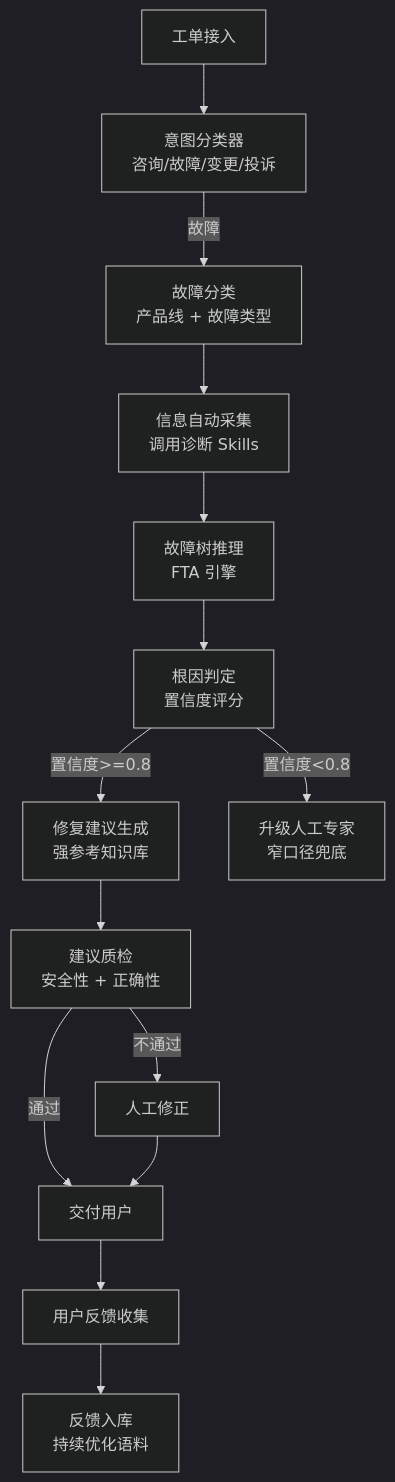
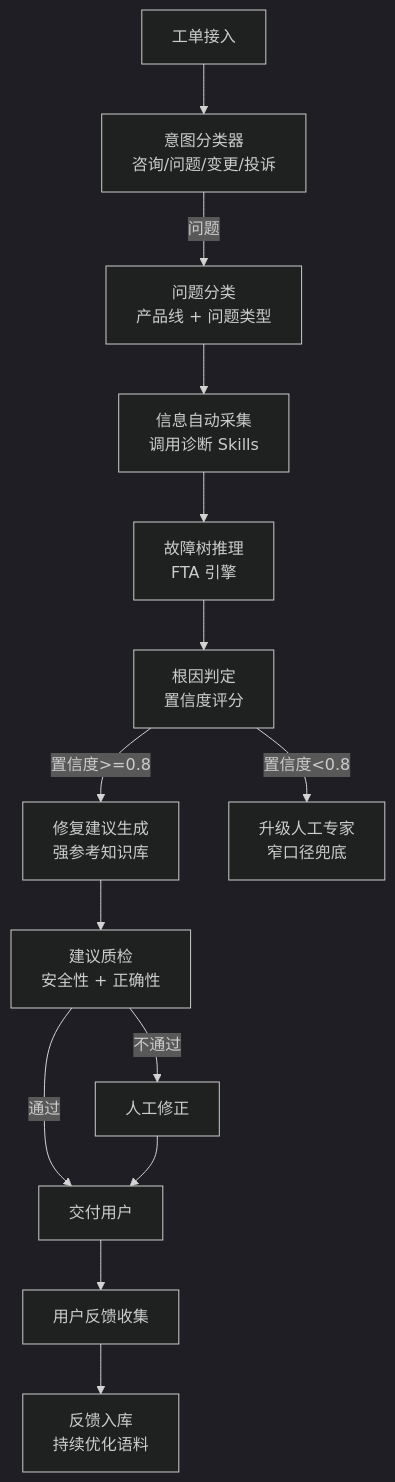
Before and after one commit to kudig-io/kudig-database: the eighth of 21 diagrams in domain-14-ai-ml-infra/topic-ai-agent/13-trusted-agent-system-fiscal-plan.md, drawn with Mermaid (dark theme). The commit also changed other lines of this file and 1236 other files, not shown here.

````diff
--- a/domain-14-ai-ml-infra/topic-ai-agent/13-trusted-agent-system-fiscal-plan.md
+++ b/domain-14-ai-ml-infra/topic-ai-agent/13-trusted-agent-system-fiscal-plan.md
@@ -391,19 +391,19 @@
 ```mermaid
 graph TB
-    START[工单接入] --> INTENT[意图分类器<br/>咨询/故障/变更/投诉]
-    INTENT --> |故障| CLASSIFY[故障分类<br/>产品线 + 故障类型]
+    START[工单接入] --> INTENT[意图分类器<br/>咨询/问题/变更/投诉]
+    INTENT --> |问题| CLASSIFY[问题分类<br/>产品线 + 问题类型]
     CLASSIFY --> COLLECT[信息自动采集<br/>调用诊断 Skills]
     COLLECT --> FTA[故障树推理<br/>FTA 引擎]
     FTA --> ROOT[根因判定<br/>置信度评分]
     
     ROOT --> |置信度>=0.8| RECOMMEND[修复建议生成<br/>强参考知识库]
     ROOT --> |置信度<0.8| ESCALATE[升级人工专家<br/>窄口径兜底]
     
     RECOMMEND --> REVIEW[建议质检<br/>安全性 + 正确性]
     REVIEW --> |通过| DELIVER[交付用户]
     REVIEW --> |不通过| REVISE[人工修正]
     REVISE --> DELIVER
     
     DELIVER --> FEEDBACK[用户反馈收集]
     FEEDBACK --> LEARN[反馈入库<br/>持续优化语料]
 ```
````
